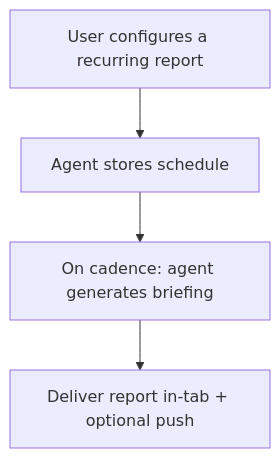
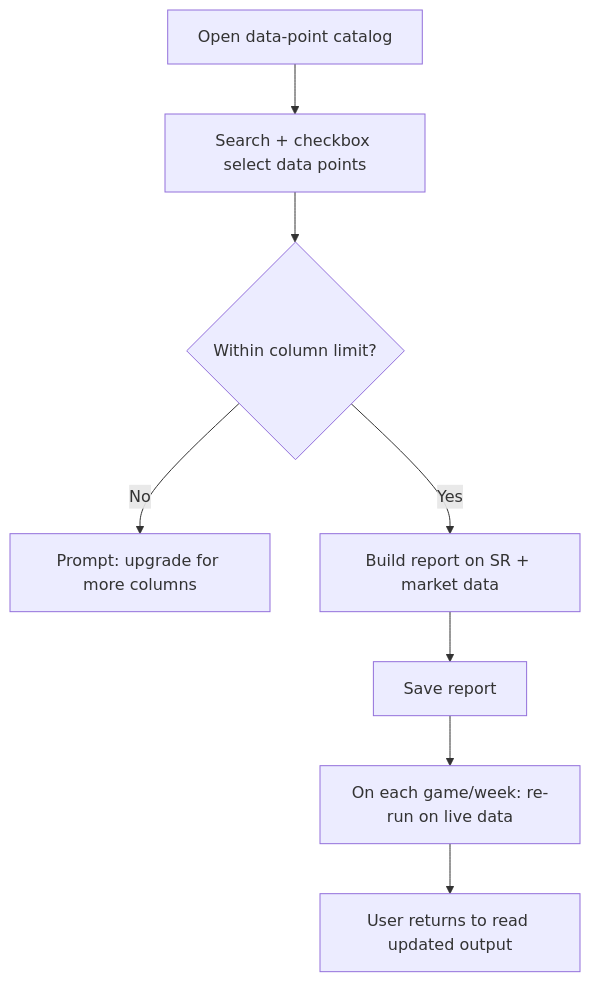
One commit to Novosapien/inplay-vault changed the second of 3 diagrams in vault/components/information-layer/sub-components/research-tab/research-tab.md. Above: the diagram before and after it, drawn with Mermaid. The commit also changed other lines of this file and 12 other files, not shown here.

````diff
--- a/vault/components/information-layer/sub-components/research-tab/research-tab.md
+++ b/vault/components/information-layer/sub-components/research-tab/research-tab.md
@@ -106,6 +122,10 @@
 ```mermaid
 graph TD
-    A[User configures a recurring report] --> B[Agent stores schedule]
-    B --> C[On cadence: agent generates briefing]
-    C --> D[Deliver report in-tab + optional push]
+    A[Open data-point catalog] --> B[Search + checkbox select data points]
+    B --> C{Within column limit?}
+    C -->|No| D[Prompt: upgrade for more columns]
+    C -->|Yes| E[Build report on SR + market data]
+    E --> F[Save report]
+    F --> G[On each game/week: re-run on live data]
+    G --> H[User returns to read updated output]
 ```
````
